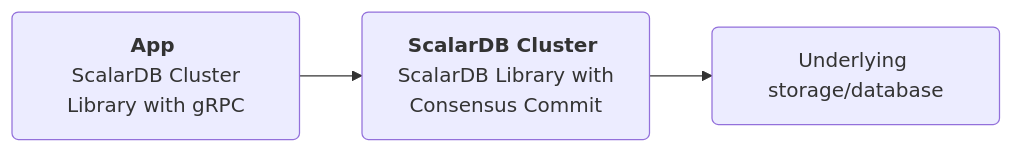
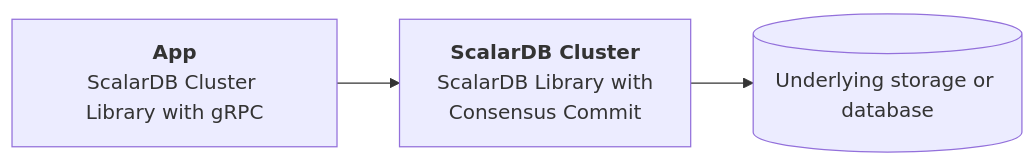
Before and after one commit to scalar-labs/scalar-kubernetes: the first of 4 diagrams in docs/ProductionChecklistForScalarDBCluster.md, drawn with Mermaid. The commit also changed other lines of this file, not shown here.

````diff
--- a/docs/ProductionChecklistForScalarDBCluster.md
+++ b/docs/ProductionChecklistForScalarDBCluster.md
@@ -86,4 +87,7 @@
-  ```mermaid
-  flowchart LR
-    A(<b>App</b> <br> ScalarDB Cluster Library with gRPC) --> B(<b>ScalarDB Cluster</b> <br> ScalarDB Library with Consensus Commit) --> C(Underlying storage/database)
-  ```
+```mermaid
+flowchart LR
+  app["<b>App</b><br />ScalarDB Cluster Library with gRPC"]
+  server["<b>ScalarDB Cluster</b><br />ScalarDB Library with<br />Consensus Commit"]
+  db[(Underlying storage or database)]
+  app --> server --> db
+```
````
